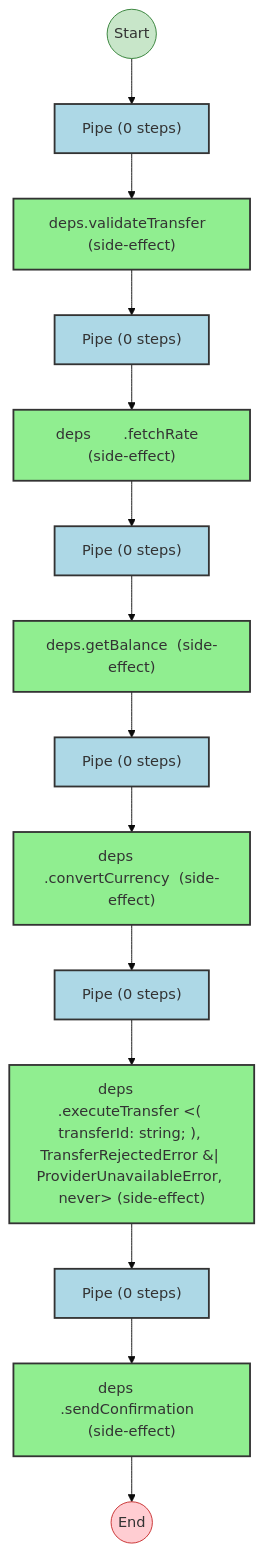
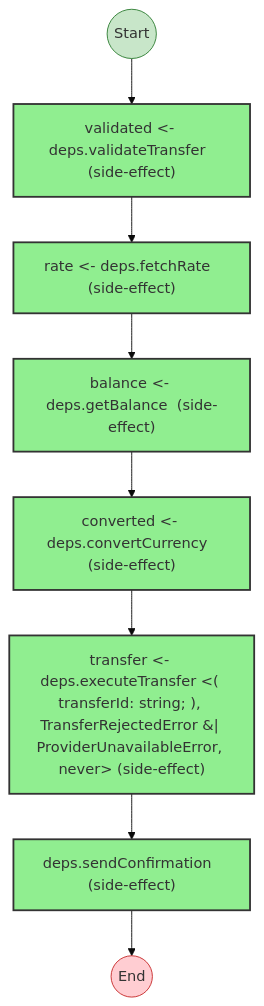
Before and after one commit to jagreehal/effect-analyzer: the diagram in apps/docs/samples/observability-transfer/send-money-workflow.effect-analysis.md, drawn with Mermaid (base theme). The commit also changed other lines of this file and 33 other files, not shown here.

````diff
--- a/apps/docs/samples/observability-transfer/send-money-workflow.effect-analysis.md
+++ b/apps/docs/samples/observability-transfer/send-money-workflow.effect-analysis.md
@@ -11,56 +11,37 @@
 ```mermaid
 flowchart TB
 
   %% Program: createSendMoneyWorkflow
 
   start((Start))
   end_node((End))
 
-  n2["Pipe (0 steps)"]
-  n3["deps.validateTransfer <never, ValidationError, never> (side-effect)"]
-  n4["Pipe (0 steps)"]
-  n5["deps       .fetchRate <ExchangeRate, RateUnavailableError, never> (side-effect)"]
-  n6["Pipe (0 steps)"]
-  n7["deps.getBalance <number, never, never> (side-effect)"]
-  n8["Pipe (0 steps)"]
-  n9["deps       .convertCurrency <ConvertedAmount, InsufficientFundsError, never> (side-effect)"]
-  n10["Pipe (0 steps)"]
-  n11["deps       .executeTransfer <( transferId: string; ), TransferRejectedError &#124; ProviderUnavailableError, never> (side-effect)"]
-  n12["Pipe (0 steps)"]
-  n13["deps       .sendConfirmation <void, ConfirmationFailedError, never> (side-effect)"]
+  n2["validated <- deps.validateTransfer <never, ValidationError, never> (side-effect)"]
+  n3["rate <- deps.fetchRate <ExchangeRate, RateUnavailableError, never> (side-effect)"]
+  n4["balance <- deps.getBalance <number, never, never> (side-effect)"]
+  n5["converted <- deps.convertCurrency <ConvertedAmount, InsufficientFundsError, never> (side-effect)"]
+  n6["transfer <- deps.executeTransfer <( transferId: string; ), TransferRejectedError &#124; ProviderUnavailableError, never> (side-effect)"]
+  n7["deps.sendConfirmation <void, ConfirmationFailedError, never> (side-effect)"]
 
   %% Edges
   n2 --> n3
+  n3 --> n4
   n4 --> n5
-  n3 --> n4
+  n5 --> n6
   n6 --> n7
-  n5 --> n6
-  n8 --> n9
-  n7 --> n8
-  n10 --> n11
-  n9 --> n10
-  n12 --> n13
-  n11 --> n12
   start --> n2
-  n13 --> end_node
+  n7 --> end_node
 
   %% Styles
   classDef startStyle fill:#c8e6c9,stroke:#2e7d32
   classDef endStyle fill:#ffcdd2,stroke:#c62828
   classDef effectStyle fill:#90EE90,stroke:#333,stroke-width:2px
-  classDef pipeStyle fill:#ADD8E6,stroke:#333,stroke-width:2px
   class start startStyle
   class end_node endStyle
-  class n2 pipeStyle
+  class n2 effectStyle
   class n3 effectStyle
-  class n4 pipeStyle
+  class n4 effectStyle
   class n5 effectStyle
-  class n6 pipeStyle
+  class n6 effectStyle
   class n7 effectStyle
-  class n8 pipeStyle
-  class n9 effectStyle
-  class n10 pipeStyle
-  class n11 effectStyle
-  class n12 pipeStyle
-  class n13 effectStyle
 ```
````
